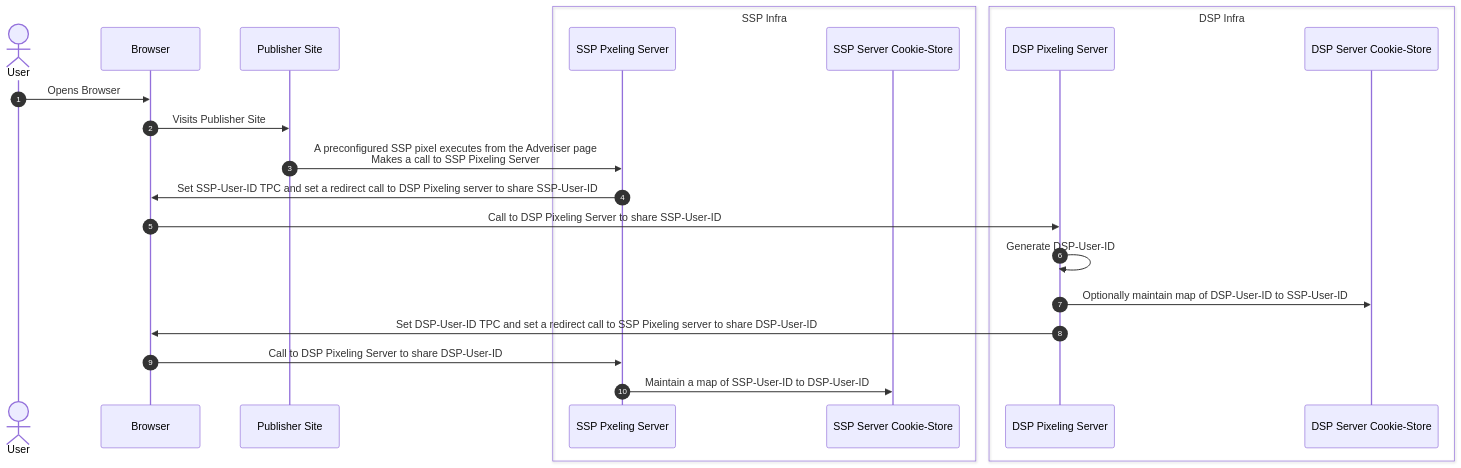
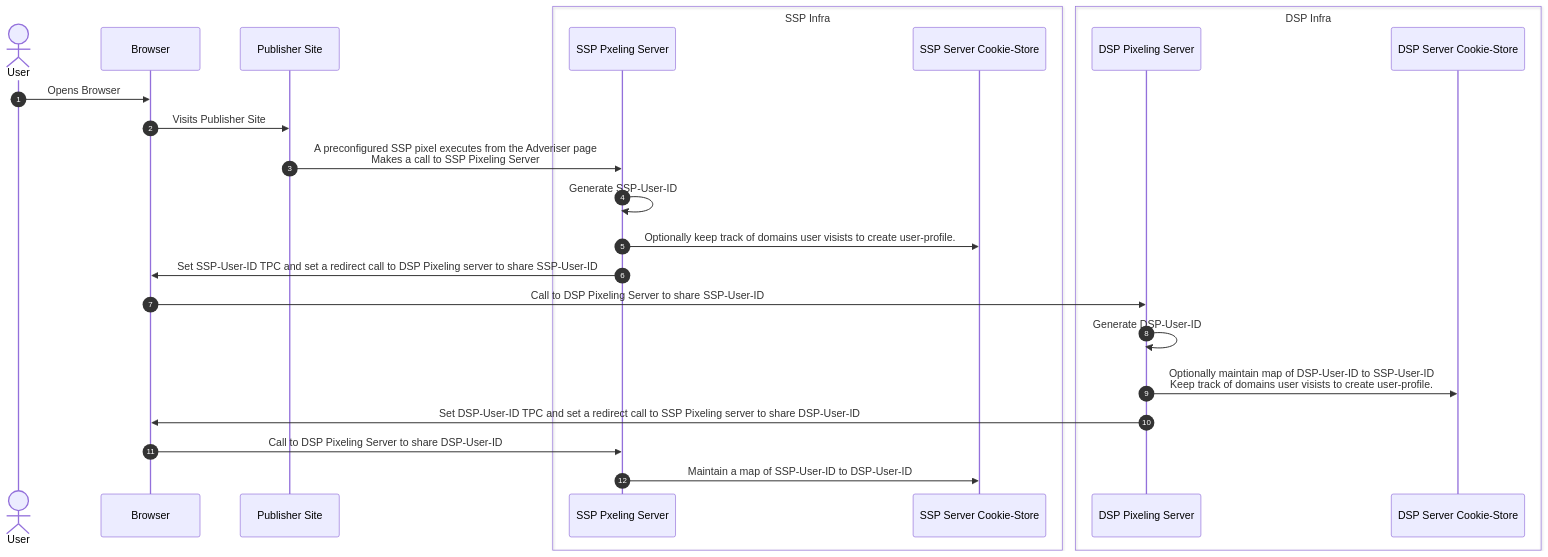
One commit to pm-harshad-mane/Diagrams changed the third of 6 diagrams in Fledge/RetargetingWithCookies.md. Above: the diagram before and after it, drawn with Mermaid.

````diff
--- a/Fledge/RetargetingWithCookies.md
+++ b/Fledge/RetargetingWithCookies.md
@@ -42,26 +42,28 @@
 ```mermaid
 sequenceDiagram
     autonumber
     actor User
     participant Browser
     participant Pub as Publisher Site
     box SSP Infra
     participant SSP_pix as SSP Pxeling Server
     participant SSP_db as SSP Server Cookie-Store
     end
     box DSP Infra
     participant DSP_pix as DSP Pixeling Server
     participant DSP_db as DSP Server Cookie-Store
     end
 
     User->>Browser: Opens Browser
     Browser->>Pub: Visits Publisher Site
     Pub->>SSP_pix: A preconfigured SSP pixel executes from the Adveriser page  <br/> Makes a call to SSP Pixeling Server
+    SSP_pix->>SSP_pix: Generate SSP-User-ID
+    SSP_pix->>SSP_db: Optionally keep track of domains user visists to create user-profile.
     SSP_pix->>Browser: Set SSP-User-ID TPC and set a redirect call to DSP Pixeling server to share SSP-User-ID
     Browser->>DSP_pix: Call to DSP Pixeling Server to share SSP-User-ID
     DSP_pix->>DSP_pix: Generate DSP-User-ID
-    DSP_pix->>DSP_db: Optionally maintain map of DSP-User-ID to SSP-User-ID 
+    DSP_pix->>DSP_db: Optionally maintain map of DSP-User-ID to SSP-User-ID <br/> Keep track of domains user visists to create user-profile. 
     DSP_pix->>Browser: Set DSP-User-ID TPC and set a redirect call to SSP Pixeling server to share DSP-User-ID
     Browser->>SSP_pix: Call to DSP Pixeling Server to share DSP-User-ID
     SSP_pix->>SSP_db: Maintain a map of SSP-User-ID to DSP-User-ID
 ```
````
